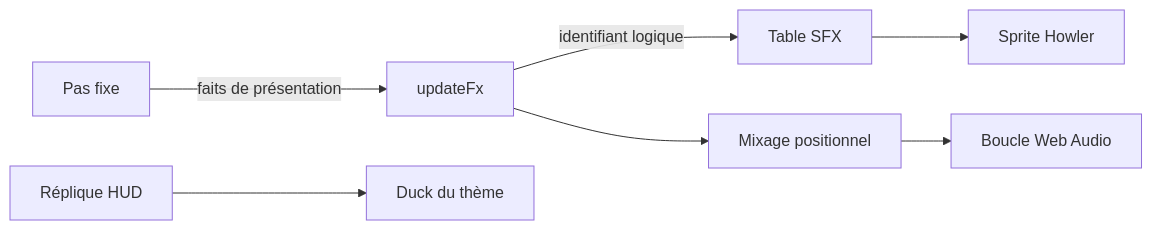
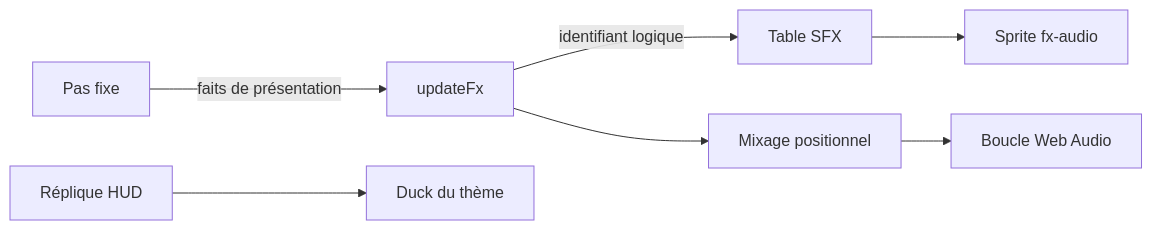
One commit to benjiGir/projet-cassandre changed the diagram in docs/4-technique/audio-runtime.md. Above: the diagram before and after it, drawn with Mermaid. The commit also changed other lines of this file and 30 other files, not shown here.

First line of the commit message:
feat(audio): replace Howler with fx-audio

````diff
--- a/docs/4-technique/audio-runtime.md
+++ b/docs/4-technique/audio-runtime.md
@@ -41,9 +43,9 @@
 ```mermaid
 flowchart LR
   A[Pas fixe] -->|faits de présentation| B[updateFx]
   B -->|identifiant logique| C[Table SFX]
-  C --> D[Sprite Howler]
+  C --> D[Sprite fx-audio]
   B --> E[Mixage positionnel]
   E --> F[Boucle Web Audio]
   G[Réplique HUD] --> H[Duck du thème]
 ```
````
